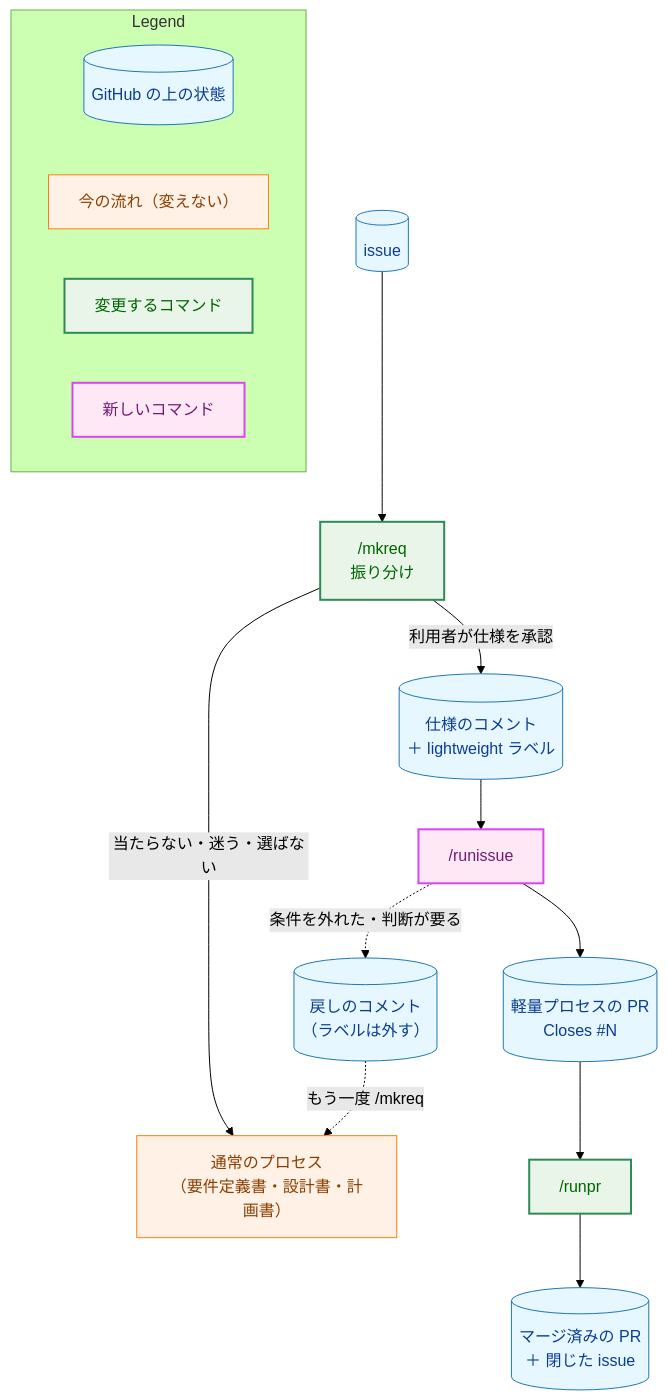
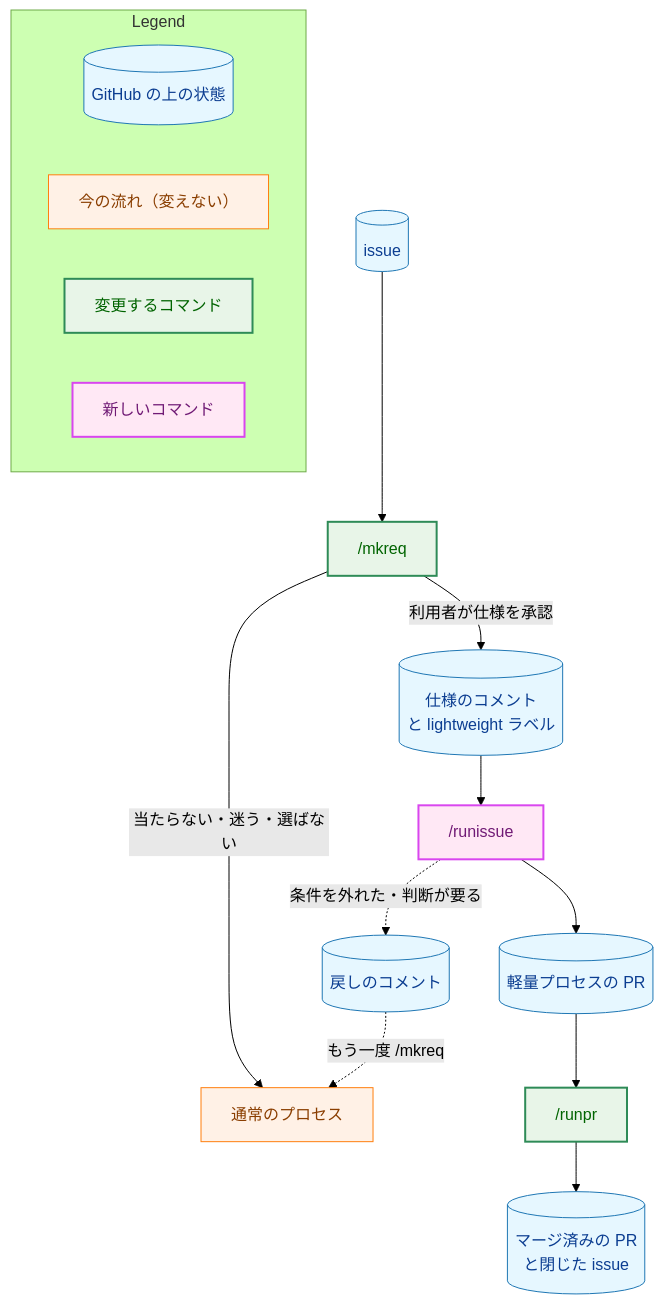
One commit to isseis/yt2column changed the second of 8 diagrams in docs/tasks/0061_lightweight_process/02_architecture.md. Above: the diagram before and after it, drawn with Mermaid (forest theme). The commit also changed other lines of this file, not shown here.

First line of the commit message:
docs(0061): address design review findings for the lightweight process

````diff
--- a/docs/tasks/0061_lightweight_process/02_architecture.md
+++ b/docs/tasks/0061_lightweight_process/02_architecture.md
@@ -137,43 +165,43 @@
 ```mermaid
 flowchart TD
     classDef data fill:#e6f7ff,stroke:#1f77b4,stroke-width:1px,color:#0b3d91;
     classDef process fill:#fff1e6,stroke:#ff7f0e,stroke-width:1px,color:#8a3e00;
     classDef enhanced fill:#e8f5e8,stroke:#2e8b57,stroke-width:2px,color:#006400;
     classDef newpkg fill:#ffe8f5,stroke:#d946ef,stroke-width:2px,color:#701a75;
 
     ISSUE[("issue")]
-    MKREQ["/mkreq <N><br>振り分け"]
-    NORMAL["通常のプロセス<br>（要件定義書・設計書・計画書）"]
-    SPEC[("仕様のコメント<br>＋ lightweight ラベル")]
-    RUNISSUE["/runissue <N>"]
-    REVERT[("戻しのコメント<br>（ラベルは外す）")]
-    PR[("軽量プロセスの PR<br>Closes #N")]
-    RUNPR["/runpr <PR>"]
-    CLOSED[("マージ済みの PR<br>＋ 閉じた issue")]
+    MKREQ["/mkreq"]
+    NORMAL["通常のプロセス"]
+    SPEC[("仕様のコメント<br>と lightweight ラベル")]
+    RUNISSUE["/runissue"]
+    REVERT[("戻しのコメント")]
+    PR[("軽量プロセスの PR")]
+    RUNPR["/runpr"]
+    CLOSED[("マージ済みの PR<br>と閉じた issue")]
 
     ISSUE --> MKREQ
     MKREQ -->|"当たらない・迷う・選ばない"| NORMAL
     MKREQ -->|"利用者が仕様を承認"| SPEC
     SPEC --> RUNISSUE
     RUNISSUE --> PR
     RUNISSUE -.->|"条件を外れた・判断が要る"| REVERT
     REVERT -.->|"もう一度 /mkreq"| NORMAL
     PR --> RUNPR
     RUNPR --> CLOSED
 
     class ISSUE,SPEC,REVERT,PR,CLOSED data
     class NORMAL process
     class MKREQ,RUNPR enhanced
     class RUNISSUE newpkg
 
     subgraph Legend["Legend"]
         L1[("GitHub の上の状態")]
         L2["今の流れ（変えない）"]
         L3["変更するコマンド"]
         L4["新しいコマンド"]
     end
     class L1 data
     class L2 process
     class L3 enhanced
     class L4 newpkg
 ```
````
